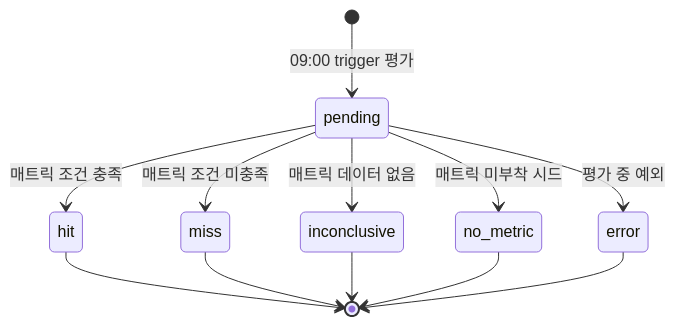
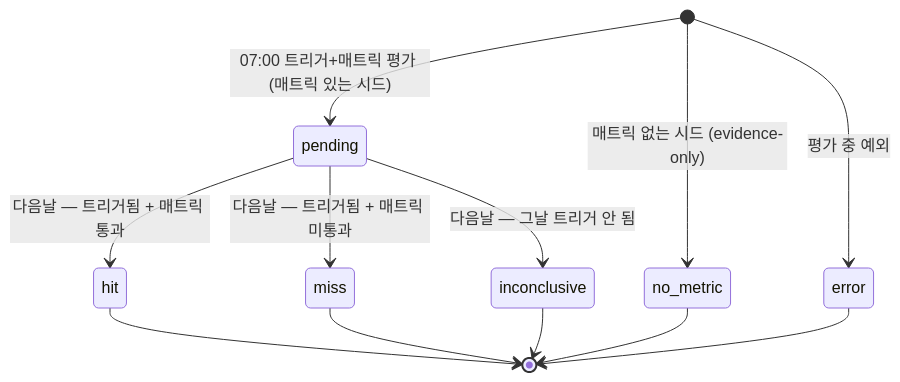
Before and after one commit to hyewon3938/slack-ai-agents: the fifth of 9 diagrams in docs/explainers/insight-v2.md, drawn with Mermaid. The commit also changed other lines of this file and 1 other file, not shown here.

````diff
--- a/docs/explainers/insight-v2.md
+++ b/docs/explainers/insight-v2.md
@@ -264,14 +276,14 @@
 ```mermaid
 stateDiagram-v2
-  [*] --> pending: 09:00 trigger 평가
-  pending --> hit: 매트릭 조건 충족
-  pending --> miss: 매트릭 조건 미충족
-  pending --> inconclusive: 매트릭 데이터 없음
-  pending --> no_metric: 매트릭 미부착 시드
-  pending --> error: 평가 중 예외
+  [*] --> pending: 07:00 트리거+매트릭 평가 (매트릭 있는 시드)
+  [*] --> no_metric: 매트릭 없는 시드 (evidence-only)
+  [*] --> error: 평가 중 예외
+  pending --> hit: 다음날 — 트리거됨 + 매트릭 통과
+  pending --> miss: 다음날 — 트리거됨 + 매트릭 미통과
+  pending --> inconclusive: 다음날 — 그날 트리거 안 됨
   hit --> [*]
   miss --> [*]
   inconclusive --> [*]
   no_metric --> [*]
   error --> [*]
 ```
````
